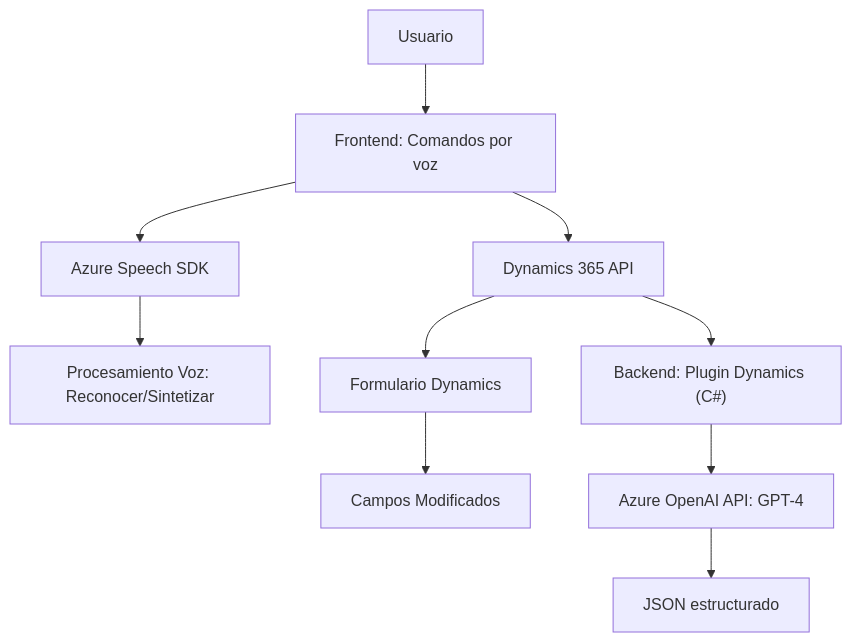
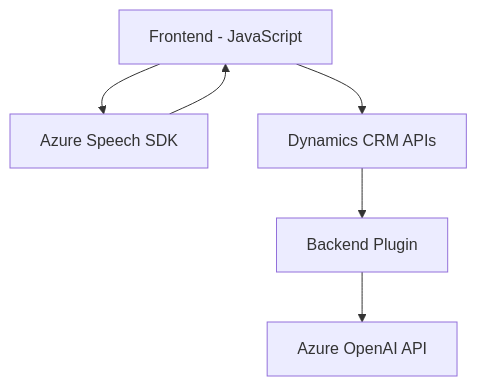
The diagram in README.md (blopezdm/NETCORE_BILBAO2025), drawn with Mermaid before and after one commit. The commit also changed other lines of this file, not shown here.

````diff
--- a/README.md
+++ b/README.md
@@ -59,12 +59,14 @@
 ```mermaid
 graph TD
-A["Usuario"] --> B["Frontend: Comandos por voz"]
-B --> C["Azure Speech SDK"]
-C --> D[Procesamiento Voz: Reconocer/Sintetizar]
-B --> E["Dynamics 365 API"]
-E --> F[Formulario Dynamics]
-F --> G["Campos Modificados"]
-E --> H["Backend: Plugin Dynamics (C#)"]
-H --> I["Azure OpenAI API: GPT-4"]
-I --> J["JSON estructurado"]
+    A["Frontend - JavaScript"]
+    B["Azure Speech SDK"]
+    C["Dynamics CRM APIs"]
+    D["Azure OpenAI API"]
+    E["Backend Plugin"]
+
+    A --> B
+    A --> C
+    B --> A
+    C --> E
+    E --> D
 ```
````
